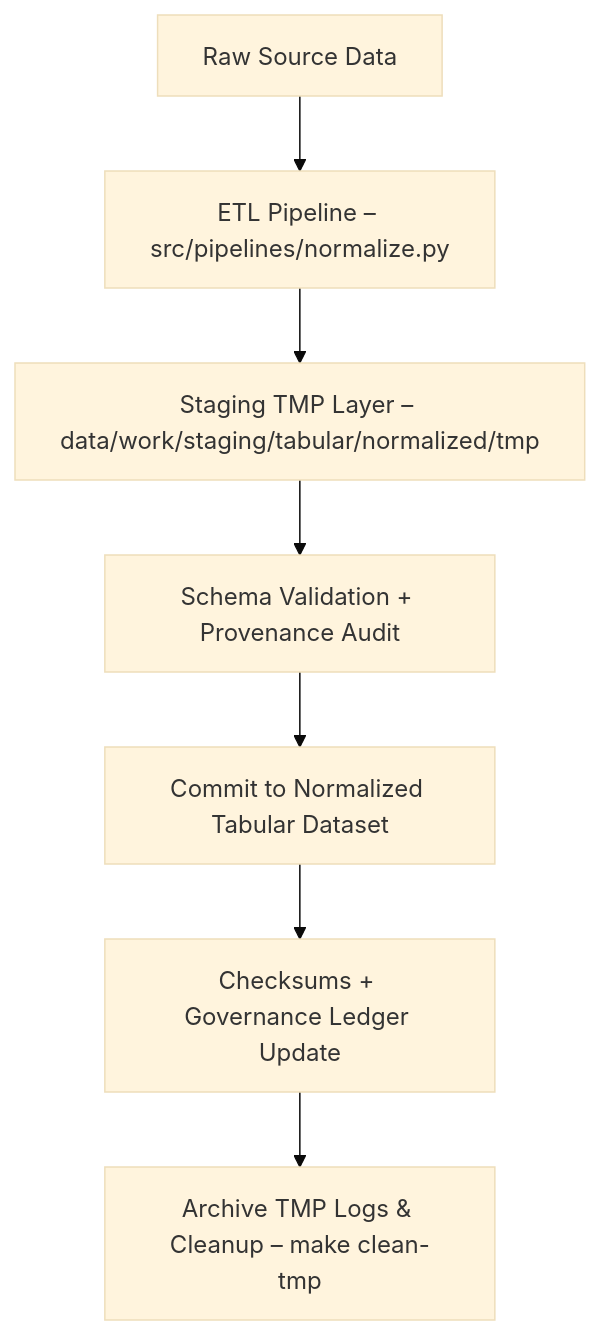
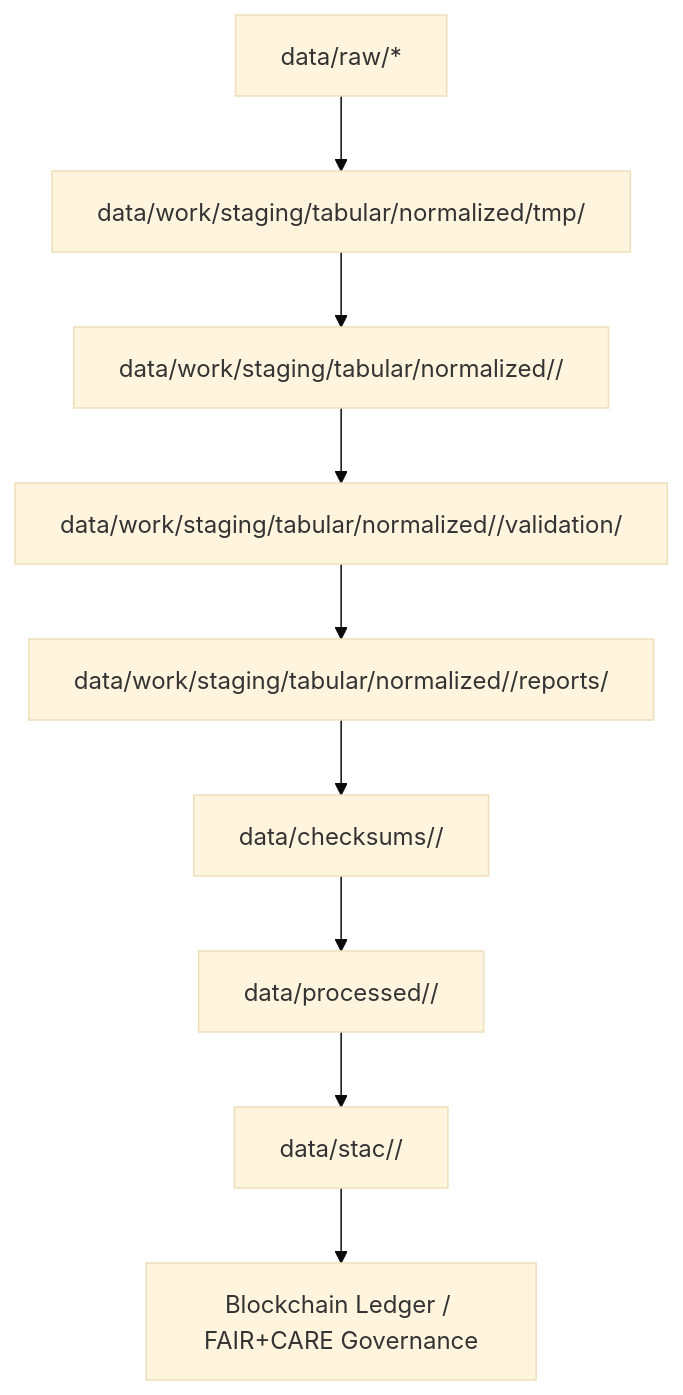
The diagram in data/work/staging/tabular/normalized/README.md (bartytime4life/Kansas-Frontier-Matrix), drawn with Mermaid (base theme) before and after one commit. The commit also changed other lines of this file, not shown here.

````diff
--- a/data/work/staging/tabular/normalized/README.md
+++ b/data/work/staging/tabular/normalized/README.md
@@ -69,9 +68,11 @@
 ```mermaid
 flowchart TD
-    A["Raw Source Data"] --> B["ETL Pipeline – src/pipelines/normalize.py"]
-    B --> C["Staging TMP Layer – data/work/staging/tabular/normalized/tmp"]
-    C --> D["Schema Validation + Provenance Audit"]
-    D --> E["Commit to Normalized Tabular Dataset"]
-    E --> F["Checksums + Governance Ledger Update"]
-    F --> G["Archive TMP Logs & Cleanup – make clean-tmp"]
+  A["data/raw/*"] --> B["data/work/staging/tabular/normalized/tmp/"]
+  B --> C["data/work/staging/tabular/normalized/<domain>/"]
+  C --> D["data/work/staging/tabular/normalized/<domain>/validation/"]
+  D --> E["data/work/staging/tabular/normalized/<domain>/reports/"]
+  E --> F["data/checksums/<domain>/"]
+  F --> G["data/processed/<domain>/"]
+  G --> H["data/stac/<domain>/"]
+  H --> I["Blockchain Ledger / FAIR+CARE Governance"]
 ```
````
